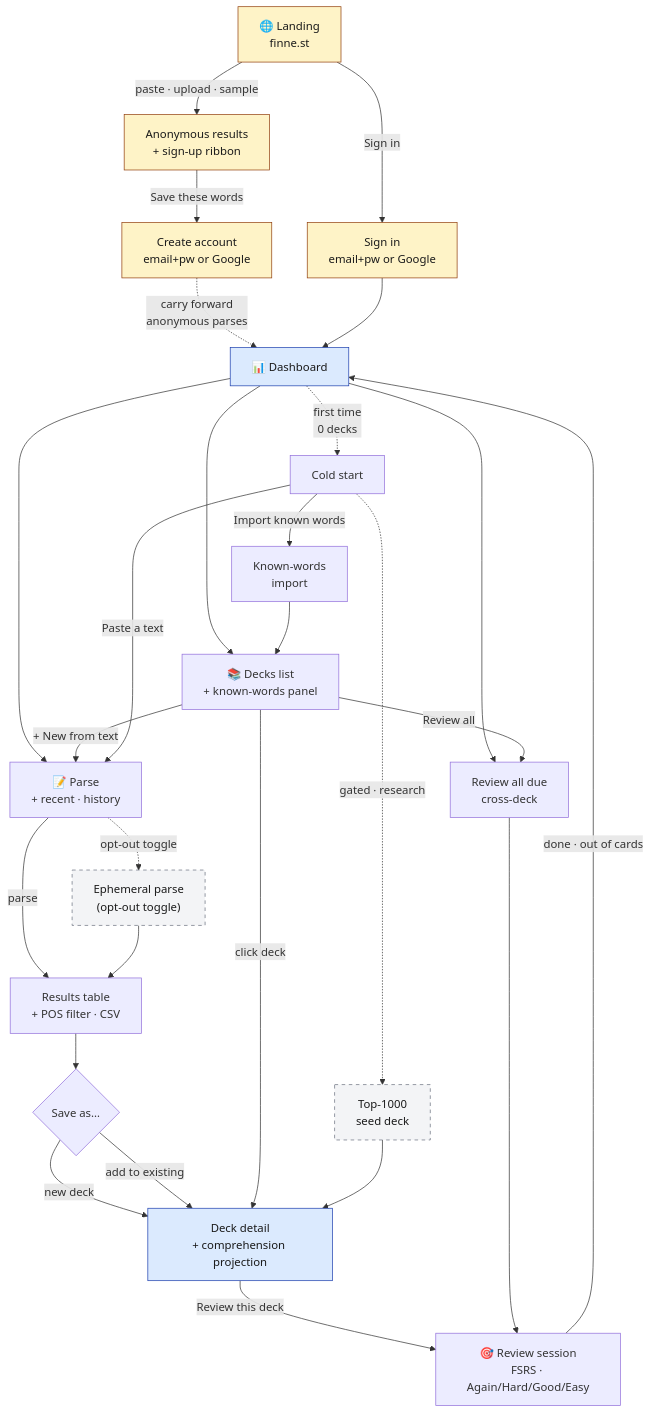
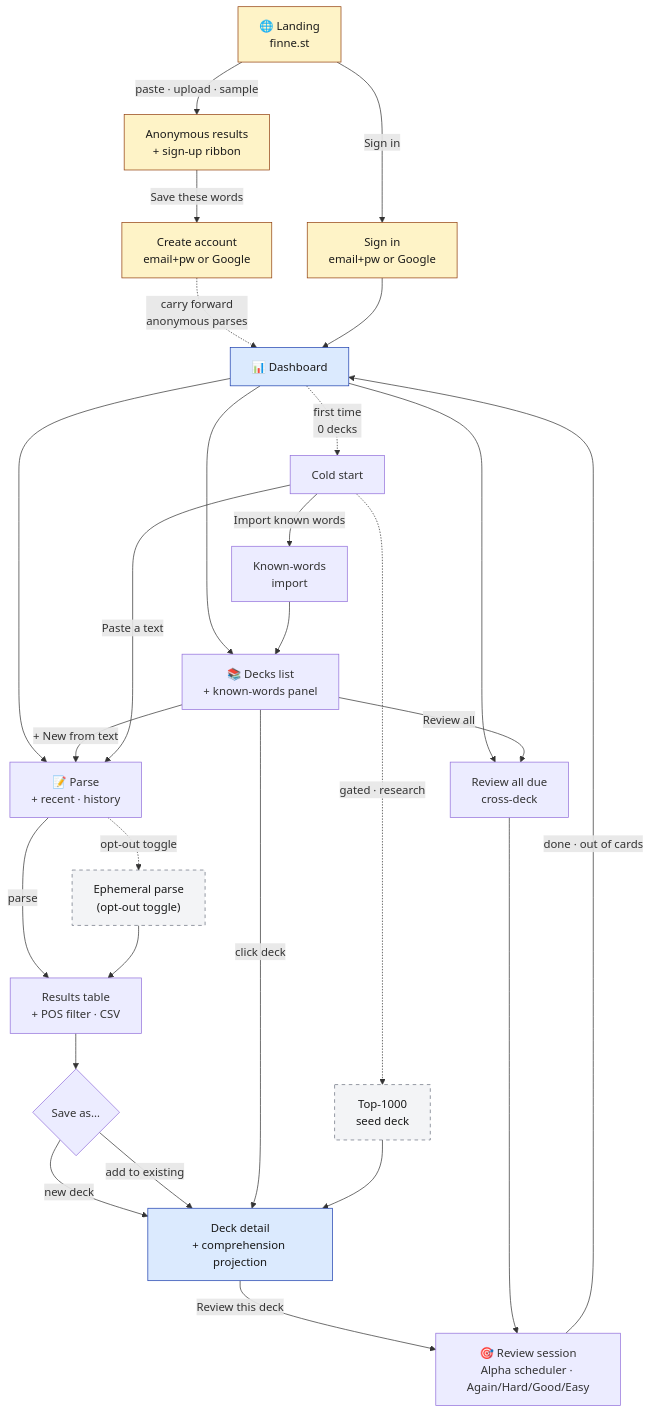
The first of 2 diagrams in docs/USER_FLOWS.md (sagarinbabel/finnestdb), drawn with Mermaid before and after one commit. The commit also changed other lines of this file and 11 other files, not shown here.

````diff
--- a/docs/USER_FLOWS.md
+++ b/docs/USER_FLOWS.md
@@ -17,61 +17,61 @@
 ```mermaid
 flowchart TD
     %% ===== Anonymous =====
     L["🌐 Landing<br/>finne.st"]
     AR["Anonymous results<br/>+ sign-up ribbon"]
     SU["Create account<br/>email+pw or Google"]
     SI["Sign in<br/>email+pw or Google"]
 
     L -->|"paste · upload · sample"| AR
     L -->|"Sign in"| SI
     AR -->|"Save these words"| SU
 
     %% ===== Auth bridge =====
     SU -.->|"carry forward<br/>anonymous parses"| D
     SI --> D
 
     %% ===== Signed-in main loop =====
     D["📊 Dashboard"]
     P["📝 Parse<br/>+ recent · history"]
     EPH["Ephemeral parse<br/>(opt-out toggle)"]
     R["Results table<br/>+ POS filter · CSV"]
     SP{"Save as…"}
     DL["📚 Decks list<br/>+ known-words panel"]
     DD["Deck detail<br/>+ comprehension projection"]
-    REV["🎯 Review session<br/>FSRS · Again/Hard/Good/Easy"]
+    REV["🎯 Review session<br/>Alpha scheduler · Again/Hard/Good/Easy"]
     REVALL["Review all due<br/>cross-deck"]
 
     D --> P
     D --> DL
     D --> REVALL
 
     P -->|"parse"| R
     P -.->|"opt-out toggle"| EPH
     EPH --> R
     R --> SP
     SP -->|"new deck"| DD
     SP -->|"add to existing"| DD
 
     DL -->|"click deck"| DD
     DL -->|"+ New from text"| P
     DL -->|"Review all"| REVALL
     DD -->|"Review this deck"| REV
     REVALL --> REV
     REV -->|"done · out of cards"| D
 
     %% ===== Cold start =====
     D -.->|"first time<br/>0 decks"| CS["Cold start"]
     CS -->|"Paste a text"| P
     CS -->|"Import known words"| KW["Known-words<br/>import"]
     CS -.->|"gated · research"| TOP["Top-1000<br/>seed deck"]
     KW --> DL
     TOP --> DD
 
     %% ===== Styling =====
     classDef anon fill:#fef3c7,stroke:#92400e,color:#1a1a1a
     classDef gated fill:#f3f4f6,stroke:#6b7280,stroke-dasharray:5 5,color:#1a1a1a
     classDef hub fill:#dbeafe,stroke:#1e40af,color:#1a1a1a
     class L,AR,SU,SI anon
     class TOP,EPH gated
     class D,DD hub
 ```
````
